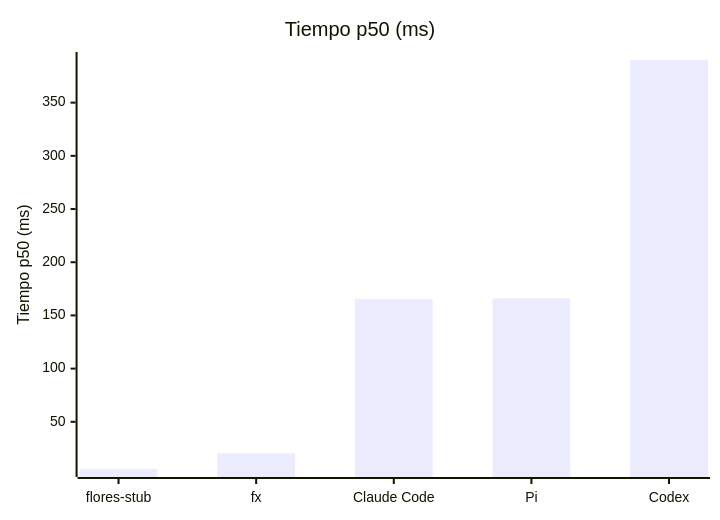
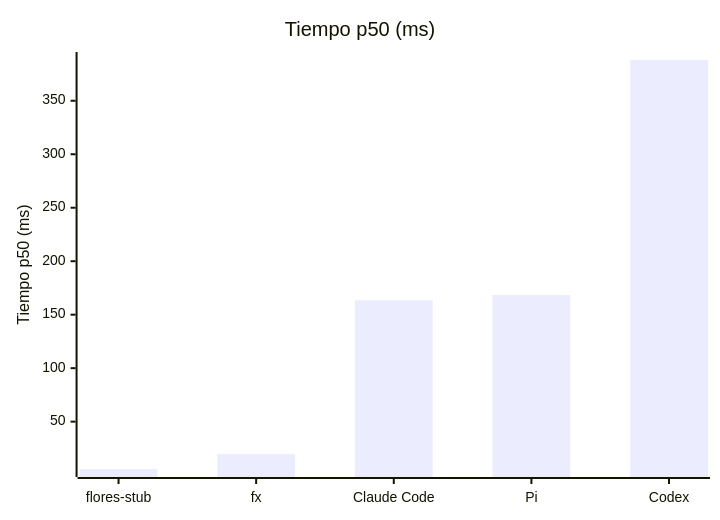
One commit to sfloresone/flores changed the first of 3 diagrams in benchmarks/published/README.md. Above: the diagram before and after it, drawn with Mermaid. The commit also changed other lines of this file and 53 other files, not shown here.

````diff
--- a/benchmarks/published/README.md
+++ b/benchmarks/published/README.md
@@ -23,7 +67,7 @@
 ```mermaid
 xychart-beta
     title "Tiempo p50 (ms)"
     x-axis ["flores-stub", "fx", "Claude Code", "Pi", "Codex"]
     y-axis "Tiempo p50 (ms)"
-    bar [5.63, 20.29, 165.55, 166.11, 390.09]
+    bar [5.72, 19.60, 163.41, 168.32, 388.12]
 ```
````
